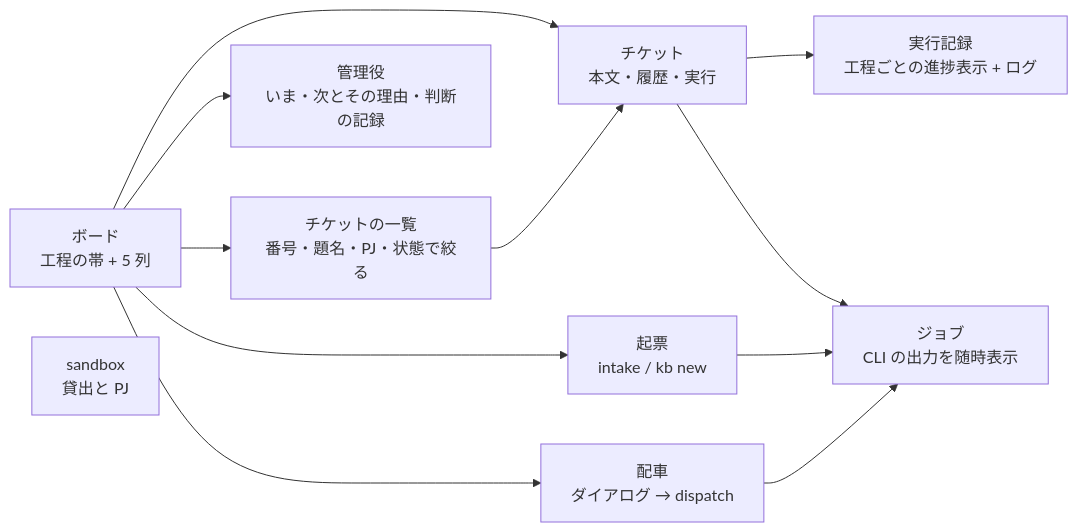
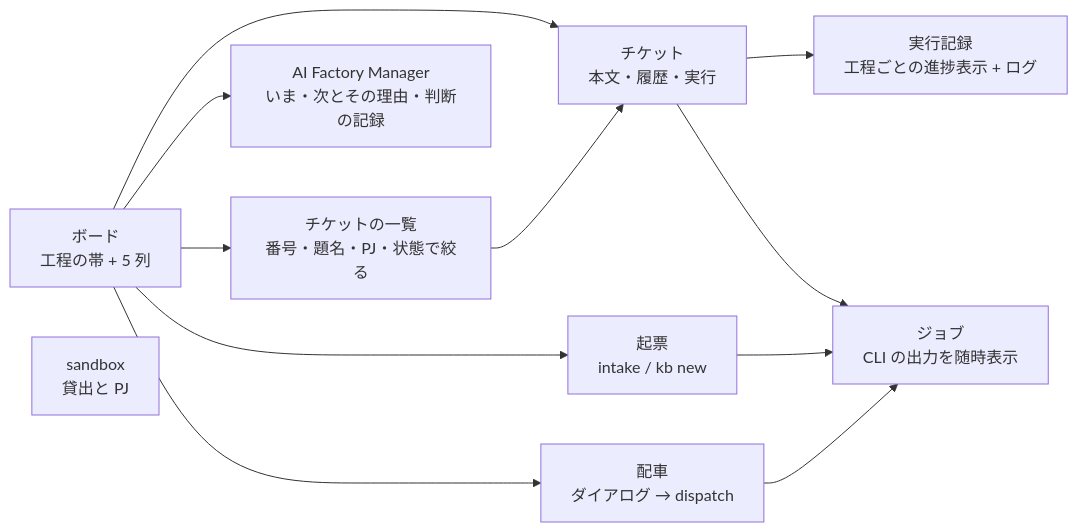
One commit to akkijp-oss/aifactory changed the diagram in website/content/ja/guides/console.md. Above: the diagram before and after it, drawn with Mermaid. The commit also changed other lines of this file and 6 other files, not shown here.

First line of the commit message:
文書（console/README・UX・website ja/en）の表示名を「AI Factory Manager」に揃える: 画面表・ナビの列挙・API 表の 3 箇所が ja と en で別々の名前だったため（#586）

````diff
--- a/website/content/ja/guides/console.md
+++ b/website/content/ja/guides/console.md
@@ -28,14 +28,14 @@
 ```mermaid
 flowchart LR
   B[ボード<br>工程の帯 + 5 列] --> T[チケット<br>本文・履歴・実行]
-  B --> P[管理役<br>いま・次とその理由・判断の記録]
+  B --> P[AI Factory Manager<br>いま・次とその理由・判断の記録]
   B --> L[チケットの一覧<br>番号・題名・PJ・状態で絞る]
   L --> T
   T --> R[実行記録<br>工程ごとの進捗表示 + ログ]
   B --> I[起票<br>intake / kb new]
   B --> D[配車<br>ダイアログ → dispatch]
   D --> J
   I --> J[ジョブ<br>CLI の出力を随時表示]
   T --> J
   S[sandbox<br>貸出と PJ]
 ```
````
